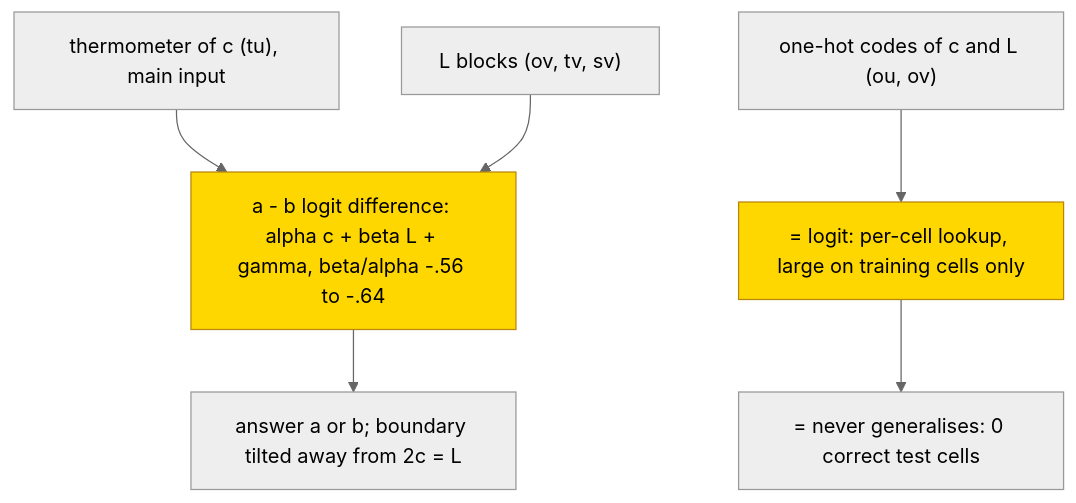
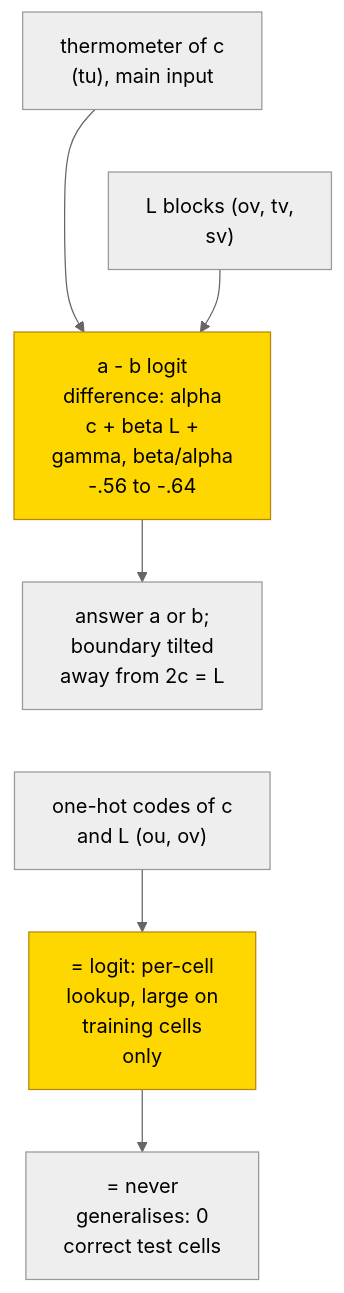
The second of 2 diagrams in entries/compare-counts.md (jc1122/mechanistic-interpretability-circuit-atlas), drawn with Mermaid (neutral theme) before and after one commit. The commit also changed other lines of this file and 39 other files, not shown here.

````diff
--- a/entries/compare-counts.md
+++ b/entries/compare-counts.md
@@ -190,12 +199,15 @@
 ```mermaid
 flowchart TD
     accTitle: Approximate comparison with a memorised tie score
     accDescr: Thermometer count and length features feed a tilted linear approximation to the letter-score difference. One-hot codes feed a separate tie score that does not generalise to test ties. Both score computations are trained. Status is partial, supported by substitution with complement untested; it is not an exact equality-aware comparator.
-    TU["thermometer of c (tu), main input"] --> D["a - b logit difference: alpha c + beta L + gamma, beta/alpha -.56 to -.64"]
-    LB["L blocks (ov, tv, sv)"] --> D
-    D --> AB["answer a or b; boundary tilted away from 2c = L"]
-    OH["one-hot codes of c and L (ou, ov)"] --> EQ["= logit: per-cell lookup, large on training cells only"]
-    EQ --> NE["= never generalises: 0 correct test cells"]
+    TU["thermometer of c<br/>(tu), main input"] --> D["a - b logit<br/>difference: alpha<br/>c + beta L +<br/>gamma, beta/alpha<br/>-.56 to -.64"]
+    LB["L blocks (ov, tv,<br/>sv)"] --> D
+    D --> AB["answer a or b;<br/>boundary tilted<br/>away from 2c = L"]
+    OH["one-hot codes of c<br/>and L (ou, ov)"] --> EQ["= logit: per-cell<br/>lookup, large on<br/>training cells<br/>only"]
+    EQ --> NE["= never<br/>generalises: 0<br/>correct test cells"]
     classDef trained fill:gold,stroke:darkgoldenrod,color:black
     class D,EQ trained
+    %% Invisible links constrain vertical layout only, not computation.
+    TU ~~~ LB
+    AB ~~~ OH
 ```
````
